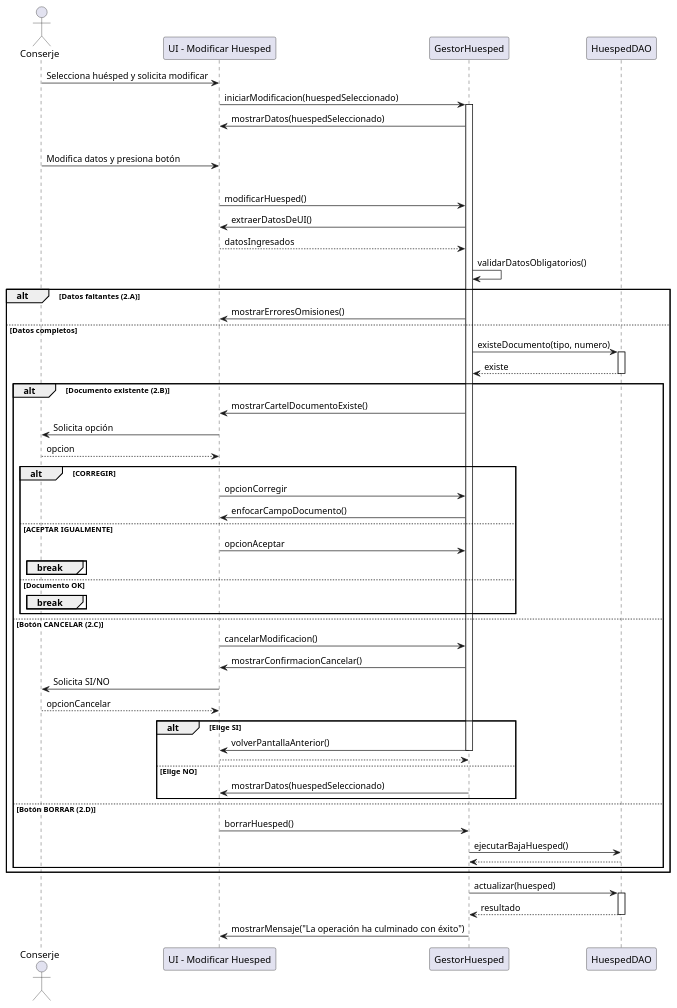
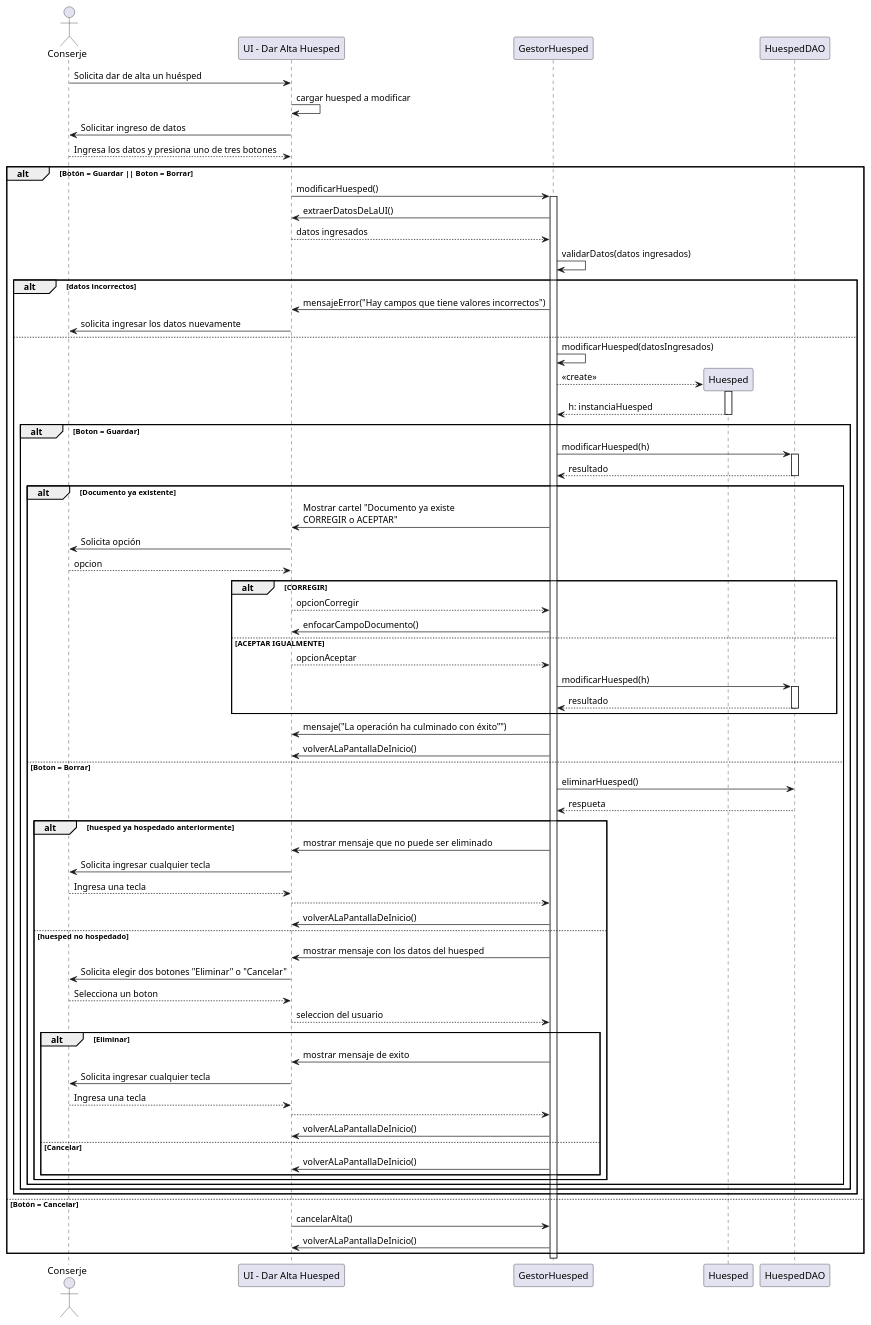
Before and after one commit to ValentinDaSilva/ValentinDaSilva.github.io: the diagram in GestionDeHuespedes/ModificarHuesped/Documentacion/DiagramaSecuencia.puml, drawn with PlantUML. The commit also changed 77 other files, not shown here.

```diff
--- a/GestionDeHuespedes/ModificarHuesped/Documentacion/DiagramaSecuencia.puml
+++ b/GestionDeHuespedes/ModificarHuesped/Documentacion/DiagramaSecuencia.puml
@@ -1,77 +1,87 @@
 @startuml
 actor Conserje
-participant "UI - Modificar Huesped" as UI
+participant "UI - Dar Alta Huesped" as UI
 participant GestorHuesped
+participant Huesped
 participant HuespedDAO
 
-Conserje -> UI: Selecciona huésped y solicita modificar
-UI -> GestorHuesped: iniciarModificacion(huespedSeleccionado)
-activate GestorHuesped
-GestorHuesped -> UI: mostrarDatos(huespedSeleccionado)
+Conserje -> UI: Solicita dar de alta un huésped
+UI -> UI: cargar huesped a modificar
+UI -> Conserje: Solicitar ingreso de datos
+Conserje --> UI: Ingresa los datos y presiona uno de tres botones
 
-loop Reingreso de datos
-    Conserje -> UI: Modifica datos y presiona botón
-
-    alt Botón SIGUIENTE
-        UI -> GestorHuesped: modificarHuesped()
-        GestorHuesped -> UI: extraerDatosDeUI()
-        UI --> GestorHuesped: datosIngresados
-        GestorHuesped -> GestorHuesped: validarDatosObligatorios()
-
-        alt Datos faltantes (2.A)
-            GestorHuesped -> UI: mostrarErroresOmisiones()
-        else Datos completos
-            GestorHuesped -> HuespedDAO: existeDocumento(tipo, numero)
+alt Botón = Guardar || Boton = Borrar
+    UI -> GestorHuesped: modificarHuesped()
+    activate GestorHuesped
+    GestorHuesped->UI: extraerDatosDeLaUI()
+    UI-->GestorHuesped:datos ingresados
+    GestorHuesped->GestorHuesped:validarDatos(datos ingresados)
+    alt datos incorrectos
+        GestorHuesped->UI: mensajeError("Hay campos que tiene valores incorrectos")
+        UI->Conserje: solicita ingresar los datos nuevamente
+    else
+        GestorHuesped -> GestorHuesped: modificarHuesped(datosIngresados)
+        create Huesped
+        GestorHuesped --> Huesped: <<create>>
+        activate Huesped
+        Huesped --> GestorHuesped: h: instanciaHuesped
+        deactivate Huesped
+        alt Boton = Guardar
+            GestorHuesped -> HuespedDAO: modificarHuesped(h)
             activate HuespedDAO
-            HuespedDAO --> GestorHuesped: existe
+            HuespedDAO --> GestorHuesped: resultado
             deactivate HuespedDAO
 
-            alt Documento existente (2.B)
-                GestorHuesped -> UI: mostrarCartelDocumentoExiste()
+            alt Documento ya existente
+                GestorHuesped -> UI: Mostrar cartel "Documento ya existe\nCORREGIR o ACEPTAR"
                 UI -> Conserje: Solicita opción
                 Conserje --> UI: opcion
 
                 alt CORREGIR
-                    UI -> GestorHuesped: opcionCorregir
+                    UI --> GestorHuesped: opcionCorregir
                     GestorHuesped -> UI: enfocarCampoDocumento()
+
                 else ACEPTAR IGUALMENTE
-                    UI -> GestorHuesped: opcionAceptar
-                    break
+                    UI --> GestorHuesped: opcionAceptar
+
+                    GestorHuesped -> HuespedDAO: modificarHuesped(h)
+                    activate HuespedDAO
+                    HuespedDAO --> GestorHuesped: resultado
+                    deactivate HuespedDAO
                 end
-
-            else Documento OK
-                break
+                GestorHuesped->UI: mensaje("La operación ha culminado con éxito”")
+                GestorHuesped->UI: volverALaPantallaDeInicio()
+        else Boton = Borrar
+            GestorHuesped->HuespedDAO:eliminarHuesped()
+            HuespedDAO-->GestorHuesped:respueta
+            alt huesped ya hospedado anteriormente
+                GestorHuesped->UI: mostrar mensaje que no puede ser eliminado
+                UI->Conserje: Solicita ingresar cualquier tecla
+                Conserje-->UI: Ingresa una tecla
+                UI-->GestorHuesped
+                GestorHuesped->UI: volverALaPantallaDeInicio()
+            else huesped no hospedado 
+                GestorHuesped->UI: mostrar mensaje con los datos del huesped
+                UI->Conserje: Solicita elegir dos botones "Eliminar" o "Cancelar"
+                Conserje-->UI:Selecciona un boton
+                UI-->GestorHuesped: seleccion del usuario
+                alt Eliminar
+                    GestorHuesped->UI: mostrar mensaje de exito
+                    UI->Conserje: Solicita ingresar cualquier tecla
+                    Conserje-->UI: Ingresa una tecla
+                    UI-->GestorHuesped
+                    GestorHuesped->UI:volverALaPantallaDeInicio()
+                else Cancelar
+                    GestorHuesped->UI:volverALaPantallaDeInicio()
+                end
             end
         end
-
-    else Botón CANCELAR (2.C)
-        UI -> GestorHuesped: cancelarModificacion()
-        GestorHuesped -> UI: mostrarConfirmacionCancelar()
-        UI -> Conserje: Solicita SI/NO
-        Conserje --> UI: opcionCancelar
-
-        alt Elige SI
-            GestorHuesped -> UI: volverPantallaAnterior()
-            deactivate GestorHuesped
-            return
-        else Elige NO
-            GestorHuesped -> UI: mostrarDatos(huespedSeleccionado)
-        end
-
-    else Botón BORRAR (2.D)
-        UI -> GestorHuesped: borrarHuesped()
-        GestorHuesped -> HuespedDAO: ejecutarBajaHuesped()
-        deactivate GestorHuesped
-        return
     end
+    end
+else Botón = Cancelar
+    UI -> GestorHuesped: cancelarAlta()
+    GestorHuesped -> UI: volverALaPantallaDeInicio()
 end
 
-GestorHuesped -> HuespedDAO: actualizar(huesped)
-activate HuespedDAO
-HuespedDAO --> GestorHuesped: resultado
-deactivate HuespedDAO
-
-GestorHuesped -> UI: mostrarMensaje("La operación ha culminado con éxito")
 deactivate GestorHuesped
-
-@enduml
+@enduml"
```
